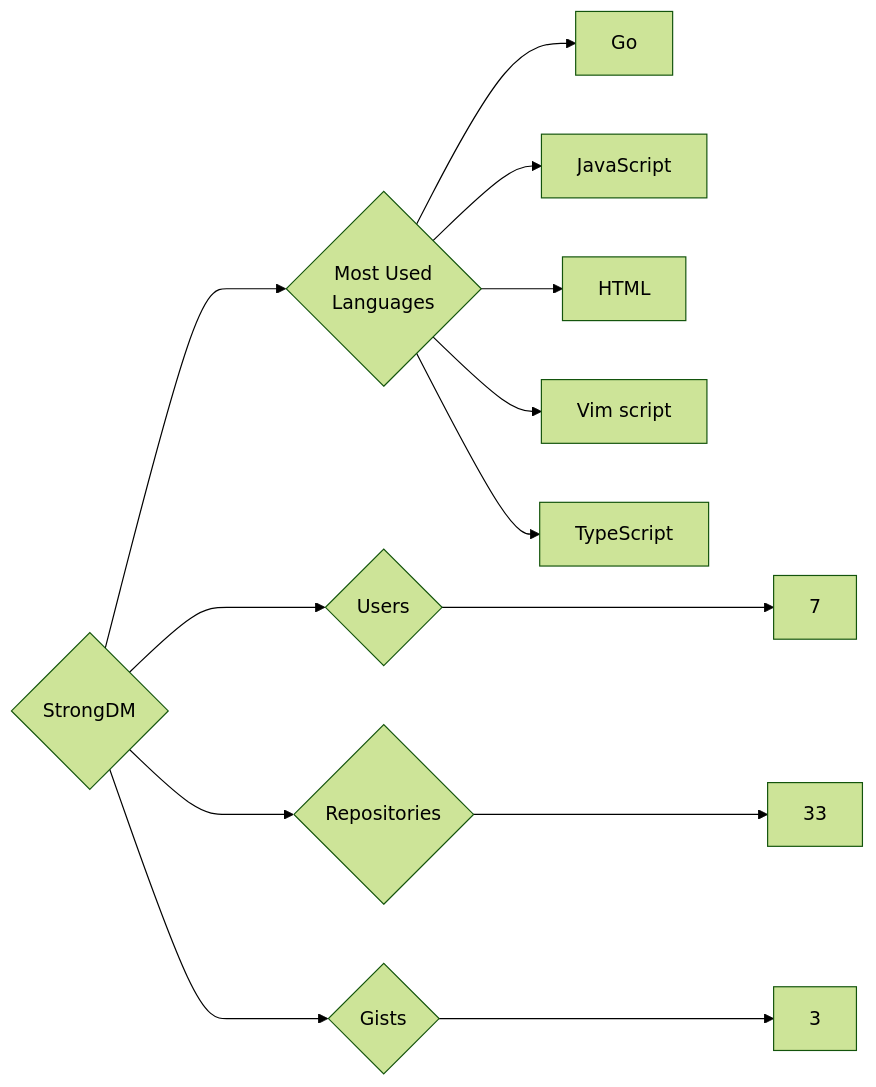
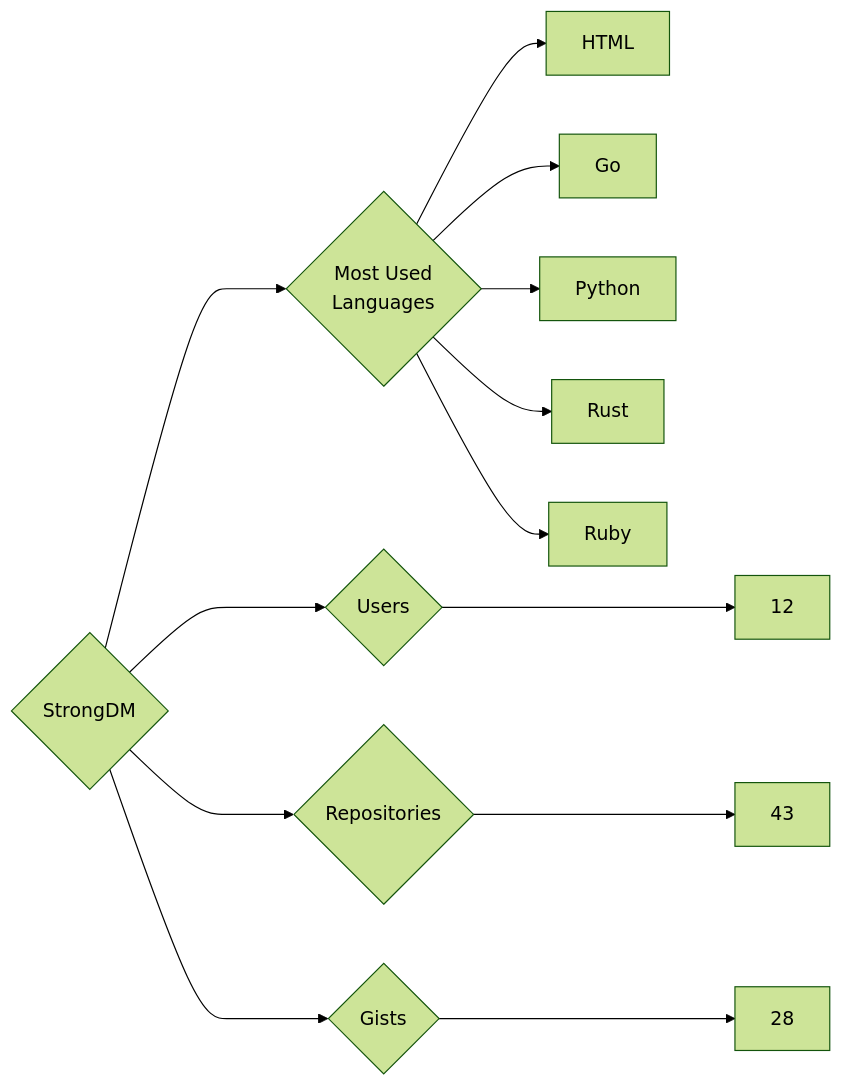
Before and after one commit to trickest/insiders: the diagram in targets/StrongDM/README.md, drawn with Mermaid (forest theme). The commit also changed 940 other files, not shown here.

````diff
--- a/targets/StrongDM/README.md
+++ b/targets/StrongDM/README.md
@@ -3,13 +3,13 @@
 ```mermaid
 graph LR
 COMPANY_NAME{StrongDM}
-COMPANY_NAME ---> U{Users} ---> UN[7]
-COMPANY_NAME ---> R{Repositories} ---> RN[33]
-COMPANY_NAME ---> G{Gists} ---> GN[3]
+COMPANY_NAME ---> U{Users} ---> UN[12]
+COMPANY_NAME ---> R{Repositories} ---> RN[43]
+COMPANY_NAME ---> G{Gists} ---> GN[28]
 COMPANY_NAME ---> ML{Most Used<br>Languages}
+ML --> HTML[HTML]
 ML --> Go[Go]
-ML --> JavaScript[JavaScript]
-ML --> HTML[HTML]
-ML --> Vim_script[Vim script]
-ML --> TypeScript[TypeScript]
+ML --> Python[Python]
+ML --> Rust[Rust]
+ML --> Ruby[Ruby]
 ```
````
